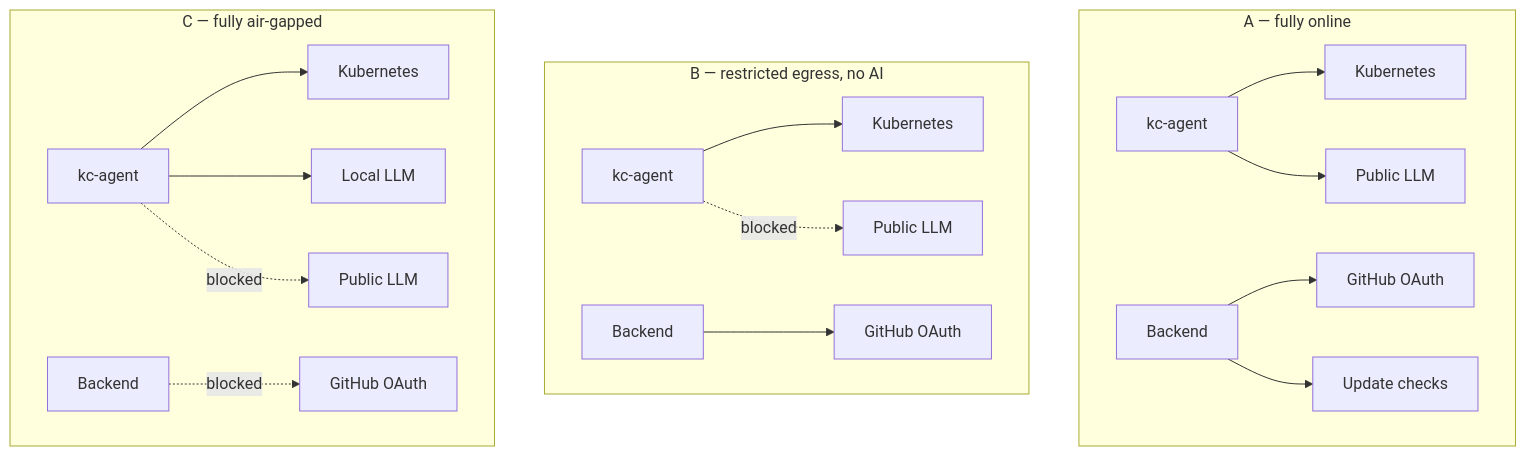
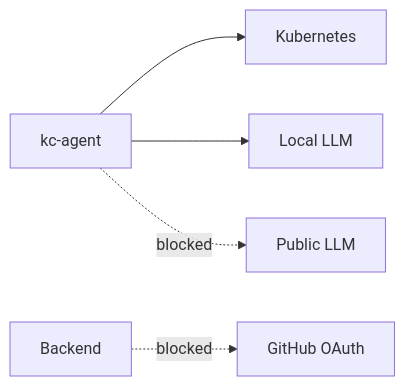
The fifth of 6 diagrams in docs/content/console/security-model.md (kubestellar/docs), drawn with Mermaid before and after one commit. The commit also changed other lines of this file, not shown here.

Commit message:
📖 docs(console): split posture diagram into 3 full-width blocks

````diff
--- a/docs/content/console/security-model.md
+++ b/docs/content/console/security-model.md
@@ -122,25 +143,7 @@
 ```mermaid
-flowchart TB
-    subgraph A["A — fully online"]
-        direction LR
-        A_KA[kc-agent] --> A_K8S[Kubernetes]
-        A_KA --> A_AI[Public LLM]
-        A_GB[Backend] --> A_GH[GitHub OAuth]
-        A_GB --> A_UP[Update checks]
-    end
-
-    subgraph B["B — restricted egress, no AI"]
-        direction LR
-        B_KA[kc-agent] --> B_K8S[Kubernetes]
-        B_KA -.blocked.-> B_AI[Public LLM]
-        B_GB[Backend] --> B_GH[GitHub OAuth]
-    end
-
-    subgraph C["C — fully air-gapped"]
-        direction LR
-        C_KA[kc-agent] --> C_K8S[Kubernetes]
-        C_KA --> C_LLM[Local LLM]
-        C_KA -.blocked.-> C_AI[Public LLM]
-        C_GB[Backend] -.blocked.-> C_GH[GitHub OAuth]
-    end
+flowchart LR
+    C_KA[kc-agent] --> C_K8S[Kubernetes]
+    C_KA --> C_LLM[Local LLM]
+    C_KA -.blocked.-> C_AI[Public LLM]
+    C_GB[Backend] -.blocked.-> C_GH[GitHub OAuth]
 ```
````
